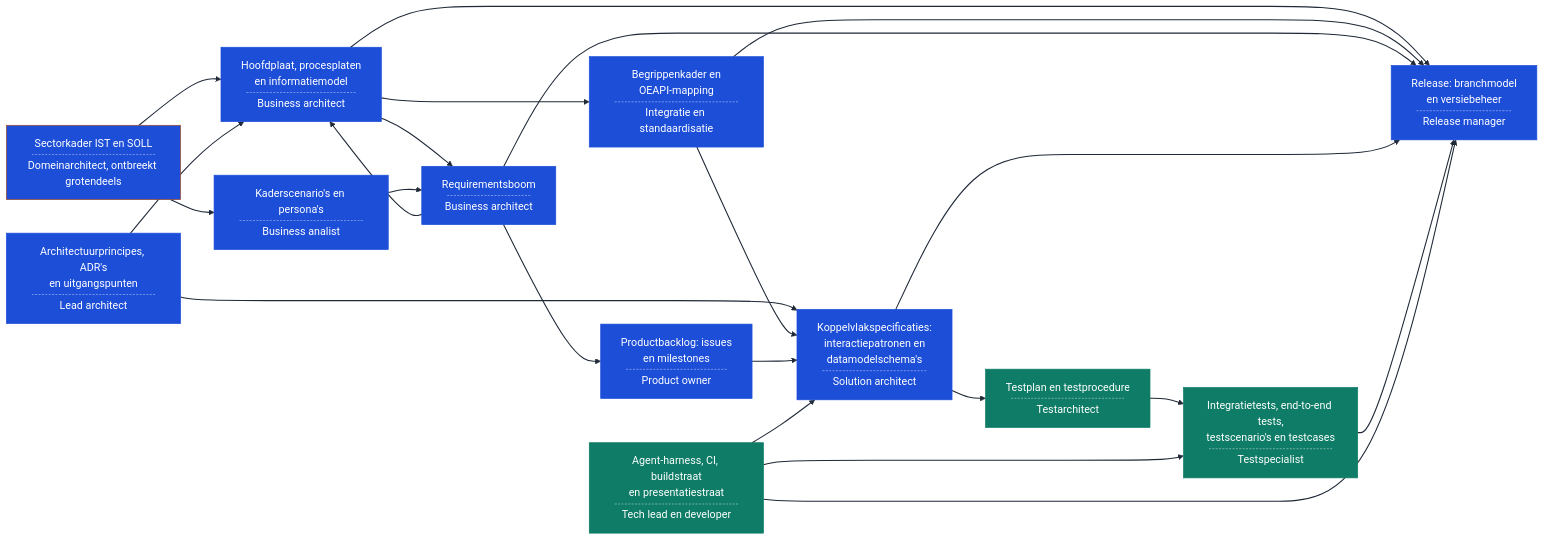
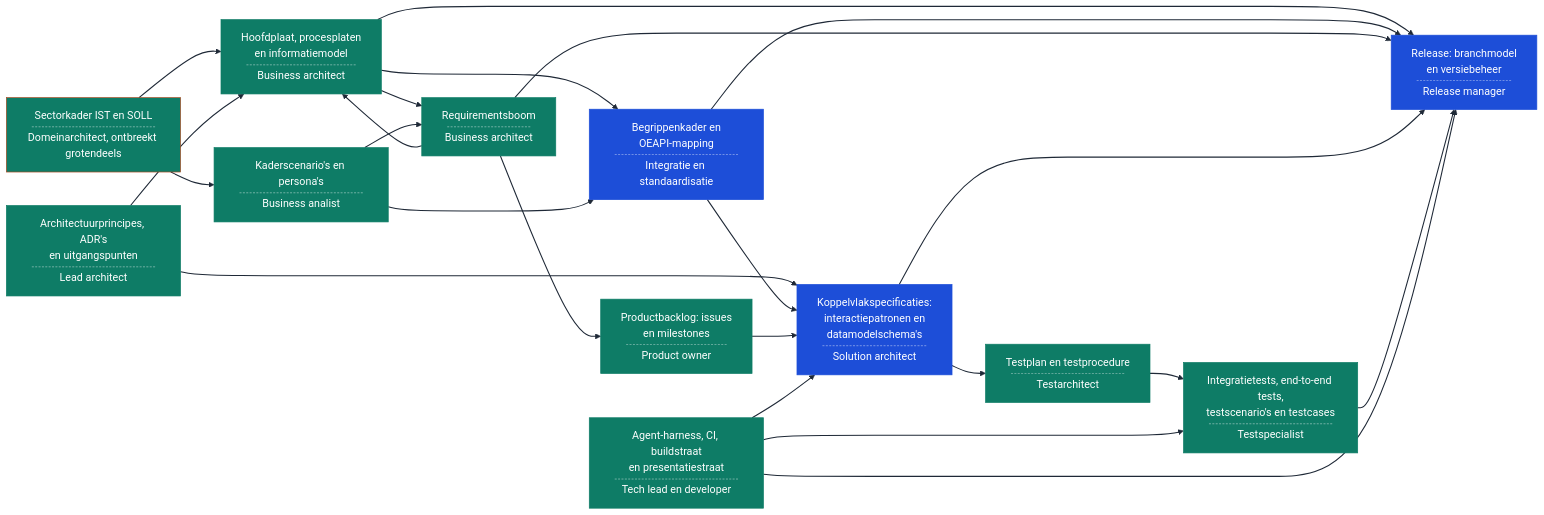
Before and after one commit to Npuls-OKx/meta: the second of 6 diagrams in presentaties/src/260903_rollen.md, drawn with Mermaid. The commit also changed other lines of this file and 2 other files, not shown here.

````diff
--- a/presentaties/src/260903_rollen.md
+++ b/presentaties/src/260903_rollen.md
@@ -265,43 +265,44 @@
 ```mermaid
 flowchart LR
   SK["Sectorkader IST en SOLL<hr style="border:none;border-top:1px dashed currentColor;opacity:0.6;margin:4px 8px">Domeinarchitect, ontbreekt grotendeels"]
   AP["Architectuurprincipes, ADR's<br/>en uitgangspunten<hr style="border:none;border-top:1px dashed currentColor;opacity:0.6;margin:4px 8px">Lead architect"]
   HP["Hoofdplaat, procesplaten<br/>en informatiemodel<hr style="border:none;border-top:1px dashed currentColor;opacity:0.6;margin:4px 8px">Business architect"]
   KS["Kaderscenario's en persona's<hr style="border:none;border-top:1px dashed currentColor;opacity:0.6;margin:4px 8px">Business analist"]
   BK["Begrippenkader en<br/>OEAPI-mapping<hr style="border:none;border-top:1px dashed currentColor;opacity:0.6;margin:4px 8px">Integratie en standaardisatie"]
   RB["Requirementsboom<hr style="border:none;border-top:1px dashed currentColor;opacity:0.6;margin:4px 8px">Business architect"]
   PB["Productbacklog: issues<br/>en milestones<hr style="border:none;border-top:1px dashed currentColor;opacity:0.6;margin:4px 8px">Product owner"]
   KV["Koppelvlakspecificaties:<br/>interactiepatronen en<br/>datamodelschema's<hr style="border:none;border-top:1px dashed currentColor;opacity:0.6;margin:4px 8px">Solution architect"]
   TP["Testplan en testprocedure<hr style="border:none;border-top:1px dashed currentColor;opacity:0.6;margin:4px 8px">Testarchitect"]
   IT["Integratietests, end-to-end tests,<br/>testscenario's en testcases<hr style="border:none;border-top:1px dashed currentColor;opacity:0.6;margin:4px 8px">Testspecialist"]
   HA["Agent-harness, CI, buildstraat<br/>en presentatiestraat<hr style="border:none;border-top:1px dashed currentColor;opacity:0.6;margin:4px 8px">Tech lead en developer"]
   RE["Release: branchmodel<br/>en versiebeheer<hr style="border:none;border-top:1px dashed currentColor;opacity:0.6;margin:4px 8px">Release manager"]
   SK --> HP
   SK --> KS
   AP --> HP
   AP --> KV
   HP --> BK
   HP --> RB
   RB --> HP
   KS --> RB
   BK --> KV
+  KS --> BK
   RB --> PB
   PB --> KV
   KV --> TP
   HA --> KV
   TP --> IT
   HA --> IT
   HP --> RE
   BK --> RE
   RB --> RE
   KV --> RE
   IT --> RE
   HA --> RE
   linkStyle default stroke:#1f2937,stroke-width:1.6px
   classDef gevraagd fill:#1D4ED8,stroke:#1D4ED8,color:#ffffff
   classDef impliciet fill:#0E7C66,stroke:#0E7C66,color:#ffffff
-  classDef ontbreekt fill:#1D4ED8,stroke:#A8481F,color:#ffffff
-  class AP,HP,KS,BK,RB,PB,KV,RE gevraagd
-  class TP,IT,HA impliciet
+  classDef ontbreekt fill:#0E7C66,stroke:#A8481F,color:#ffffff
+  class BK,KV,RE gevraagd
+  class AP,HP,KS,RB,PB,TP,IT,HA impliciet
   class SK ontbreekt
 ```
````
